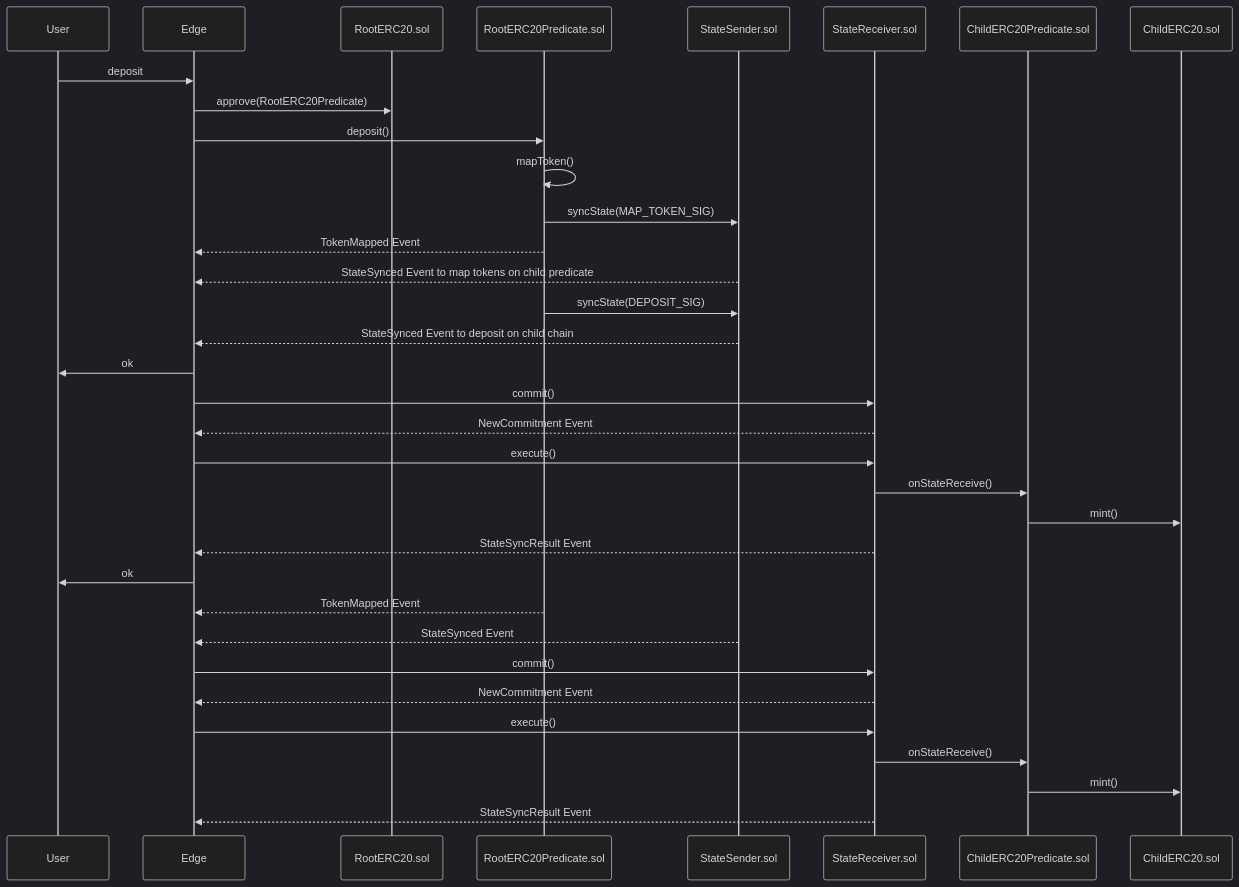
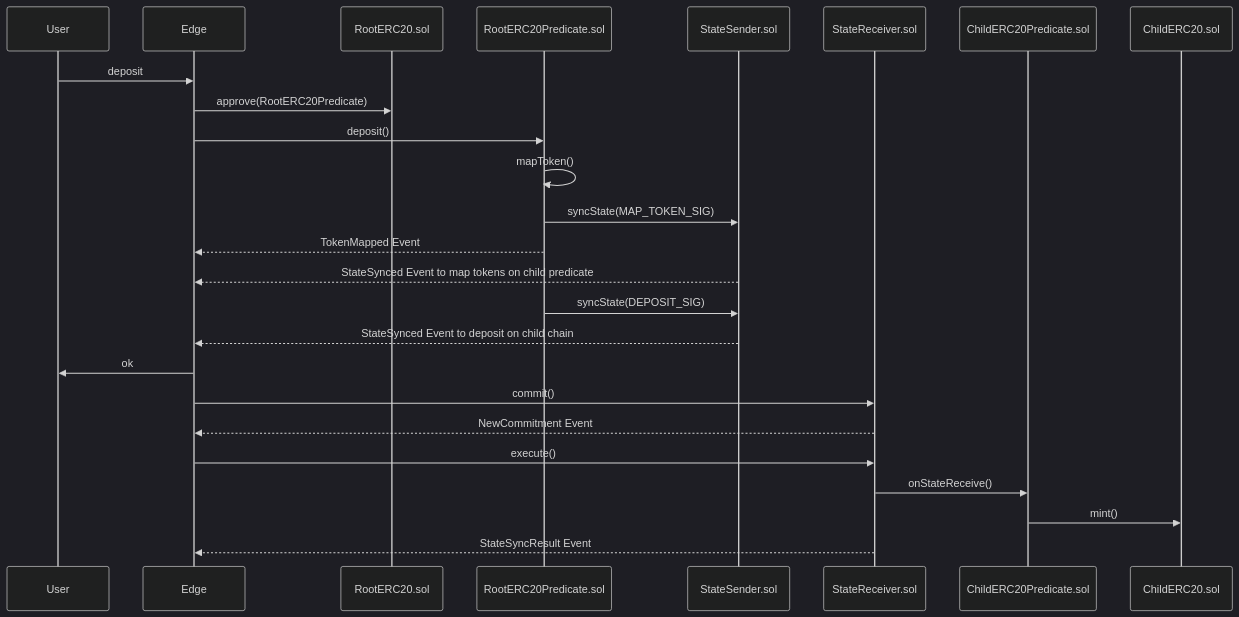
One commit to 0xPolygon/polygon-edge changed the first of 3 diagrams in docs/bridge/sequences.md. Above: the diagram before and after it, drawn with Mermaid (dark theme).

Commit message:
Rm duplicate rows in deposit

````diff
--- a/docs/bridge/sequences.md
+++ b/docs/bridge/sequences.md
@@ -5,28 +5,19 @@
 ```mermaid
 sequenceDiagram
 	User->>Edge: deposit
 	Edge->>RootERC20.sol: approve(RootERC20Predicate)
 	Edge->>RootERC20Predicate.sol: deposit()
 	RootERC20Predicate.sol->>RootERC20Predicate.sol: mapToken()
 	RootERC20Predicate.sol->>StateSender.sol: syncState(MAP_TOKEN_SIG)
 	RootERC20Predicate.sol-->>Edge: TokenMapped Event
 	StateSender.sol-->>Edge: StateSynced Event to map tokens on child predicate
 	RootERC20Predicate.sol->>StateSender.sol: syncState(DEPOSIT_SIG)
 	StateSender.sol-->>Edge: StateSynced Event to deposit on child chain
 	Edge->>User: ok
 	Edge->>StateReceiver.sol:commit()
 	StateReceiver.sol-->>Edge: NewCommitment Event
 	Edge->>StateReceiver.sol:execute()
 	StateReceiver.sol->>ChildERC20Predicate.sol:onStateReceive()
 	ChildERC20Predicate.sol->>ChildERC20.sol: mint()
 	StateReceiver.sol-->>Edge:StateSyncResult Event
-	Edge->>User: ok
-	RootERC20Predicate.sol-->>Edge: TokenMapped Event
-	StateSender.sol-->>Edge: StateSynced Event
-	Edge->>StateReceiver.sol:commit()
-	StateReceiver.sol-->>Edge: NewCommitment Event
-	Edge->>StateReceiver.sol:execute()
-	StateReceiver.sol->>ChildERC20Predicate.sol:onStateReceive()
-	ChildERC20Predicate.sol->>ChildERC20.sol: mint()
-	StateReceiver.sol-->>Edge:StateSyncResult Event
 ```
````
